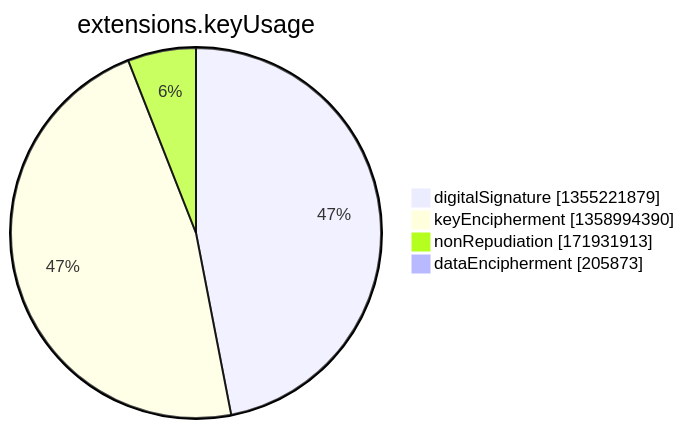
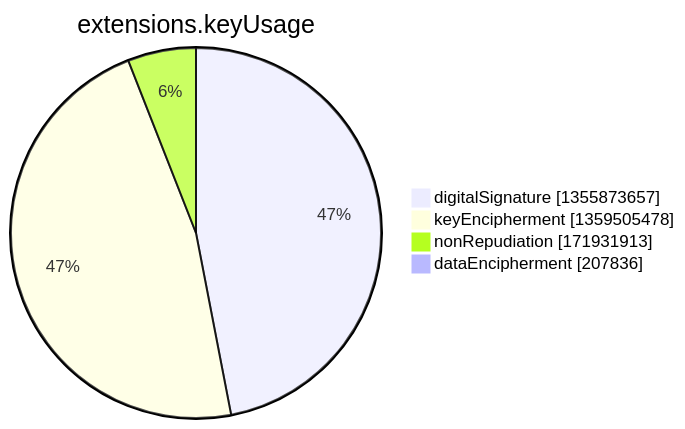
Before and after one commit to christiankrug/ctmonitor_visualization: the seventh of 15 diagrams in argon2022/README.md, drawn with Mermaid. The commit also changed other lines of this file, not shown here.

````diff
--- a/argon2022/README.md
+++ b/argon2022/README.md
@@ -2750,8 +2750,8 @@
 ```mermaid
 pie showData
 title extensions.keyUsage
-"digitalSignature" :1355221879
-"keyEncipherment" :1358994390
+"digitalSignature" :1355873657
+"keyEncipherment" :1359505478
 "nonRepudiation" :171931913
-"dataEncipherment" :205873
+"dataEncipherment" :207836
 ```
````
